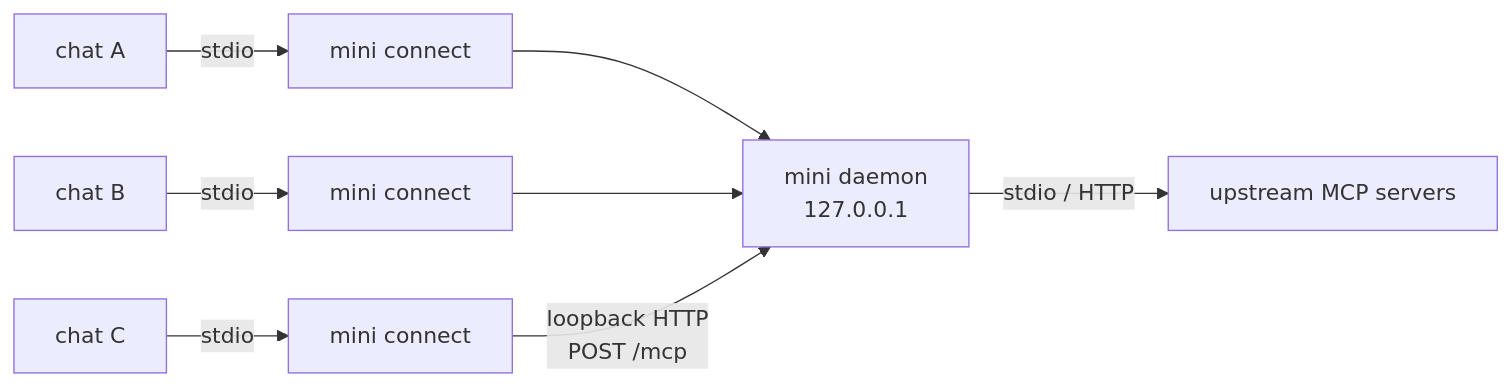
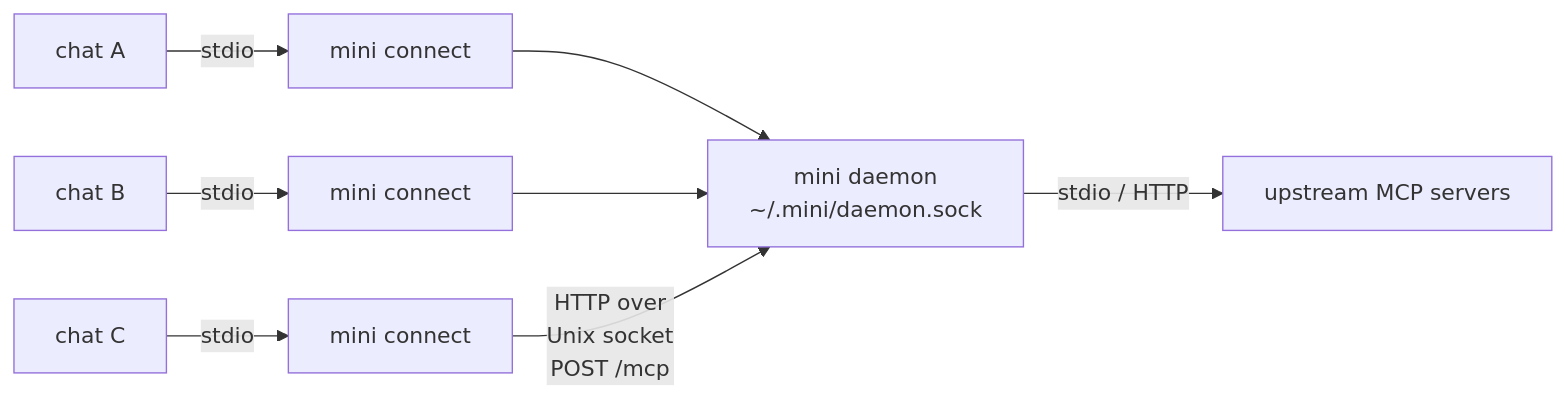
Before and after one commit to mcpmini/mini: the diagram in docs/daemon.md, drawn with Mermaid. The commit also changed other lines of this file and 12 other files, not shown here.

````diff
--- a/docs/daemon.md
+++ b/docs/daemon.md
@@ -26,10 +26,10 @@
 ```mermaid
 flowchart LR
     A[chat A] -->|stdio| PA[mini connect]
     B[chat B] -->|stdio| PB[mini connect]
     C[chat C] -->|stdio| PC[mini connect]
     PA --> D
     PB --> D
-    PC -->|"loopback HTTP<br/>POST /mcp"| D[mini daemon<br/>127.0.0.1]
+    PC -->|"HTTP over<br/>Unix socket<br/>POST /mcp"| D["mini daemon<br/>~/.mini/daemon.sock"]
     D -->|stdio / HTTP| U[upstream MCP servers]
 ```
````
